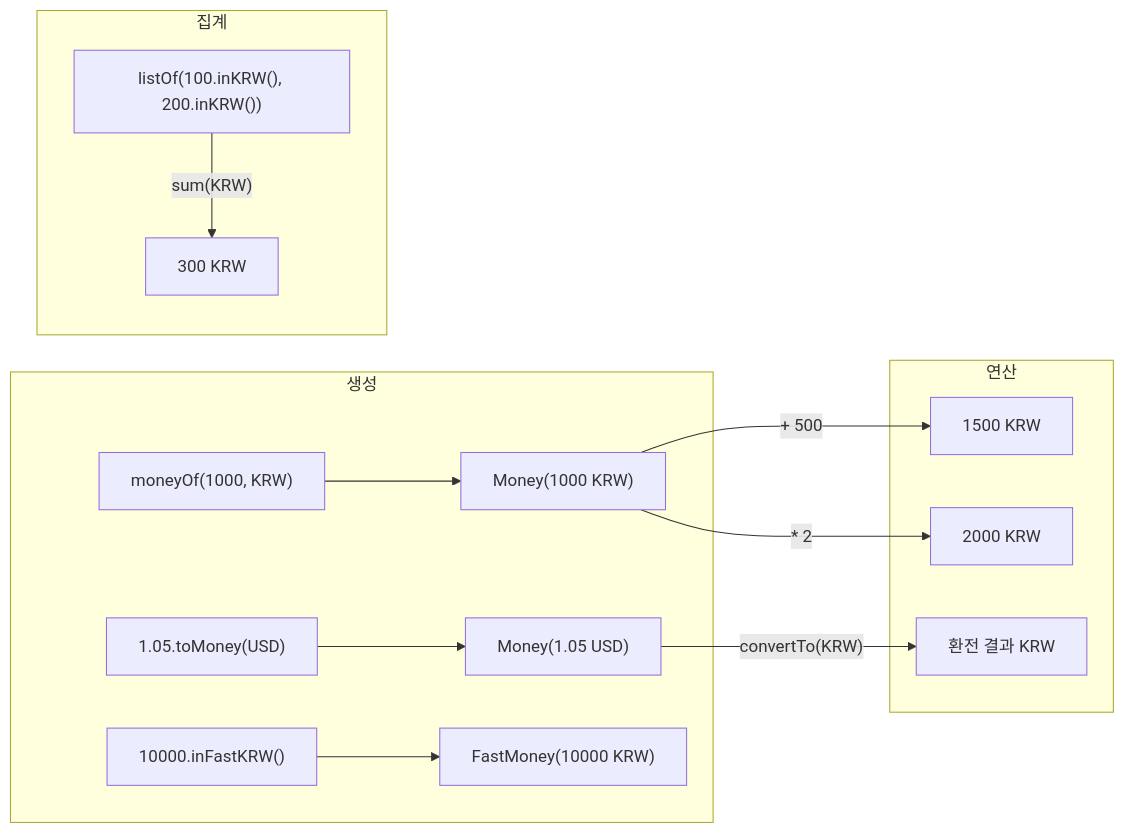
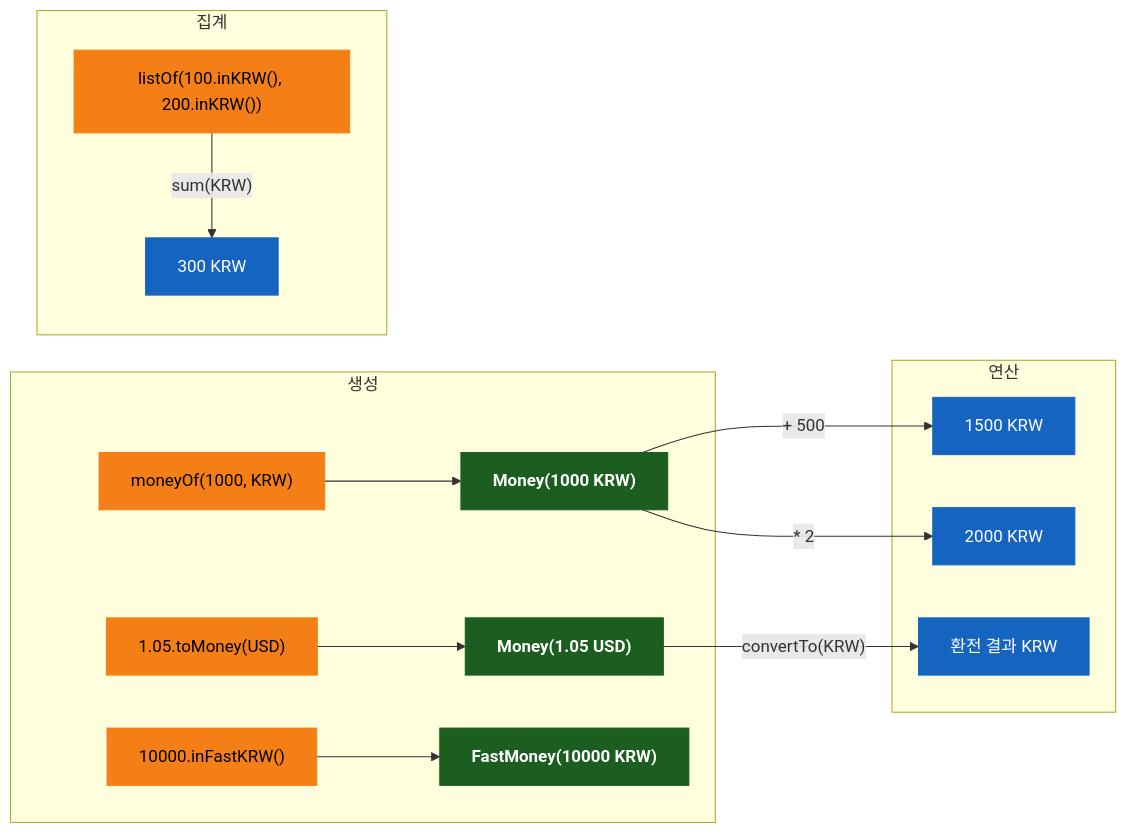
One commit to bluetape4k/bluetape4k-projects changed the second of 2 diagrams in utils/money/README.ko.md. Above: the diagram before and after it, drawn with Mermaid. The commit also changed other lines of this file and 221 other files, not shown here.

First line of the commit message:
docs: 전체 모듈 README UML 다이어그램 보강 및 색상 업그레이드

````diff
--- a/utils/money/README.ko.md
+++ b/utils/money/README.ko.md
@@ -288,18 +293,29 @@
 ```mermaid
 flowchart LR
     subgraph 생성
         A["moneyOf(1000, KRW)"] --> M1["Money(1000 KRW)"]
         B["1.05.toMoney(USD)"] --> M2["Money(1.05 USD)"]
         C["10000.inFastKRW()"] --> FM["FastMoney(10000 KRW)"]
     end
 
     subgraph 연산
         M1 -->|"+ 500"| R1["1500 KRW"]
         M1 -->|"* 2"| R2["2000 KRW"]
         M2 -->|"convertTo(KRW)"| R3["환전 결과 KRW"]
     end
 
     subgraph 집계
         L["listOf(100.inKRW(), 200.inKRW())"] -->|"sum(KRW)"| TOTAL["300 KRW"]
     end
+
+    classDef coreStyle fill:#1B5E20,stroke:#1B5E20,color:#FFFFFF,font-weight:bold
+    classDef serviceStyle fill:#1565C0,stroke:#1565C0,color:#FFFFFF
+    classDef utilStyle fill:#E65100,stroke:#E65100,color:#FFFFFF
+    classDef dataStyle fill:#F57F17,stroke:#F57F17,color:#000000
+
+    class A,B,C dataStyle
+    class M1,M2,FM coreStyle
+    class R1,R2,R3 serviceStyle
+    class L dataStyle
+    class TOTAL serviceStyle
 ```
````
